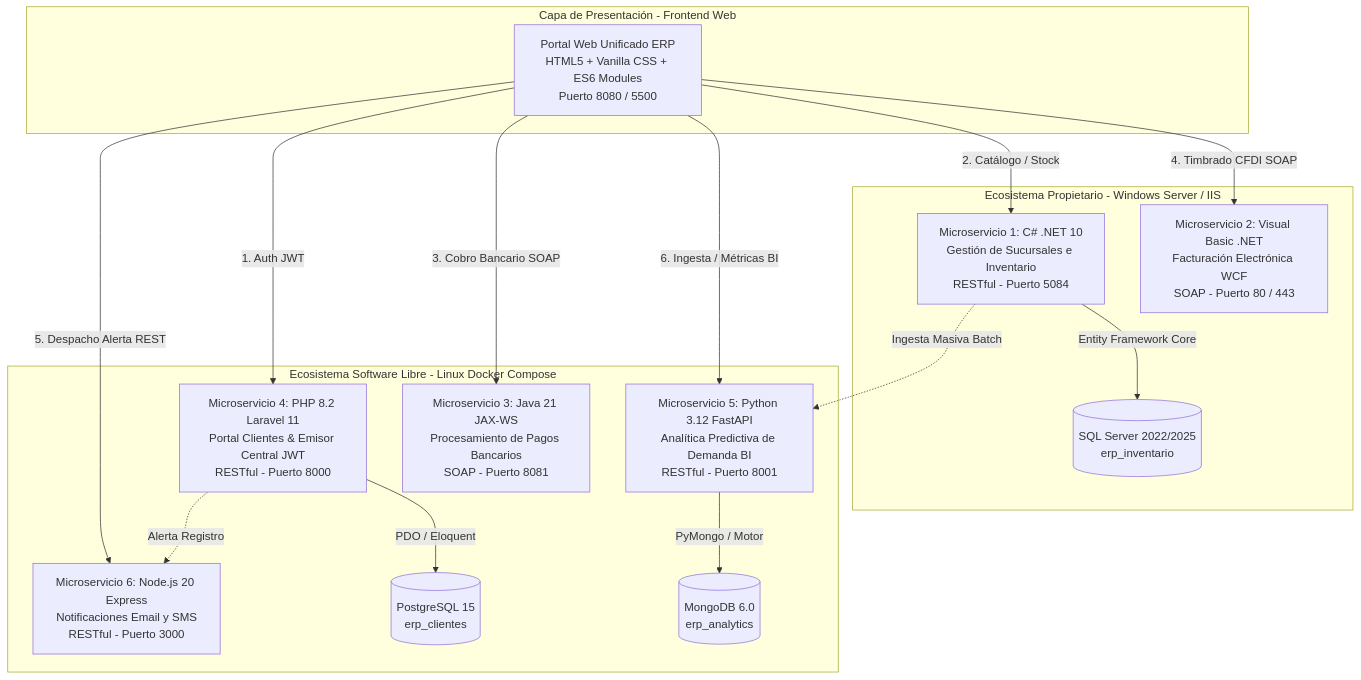
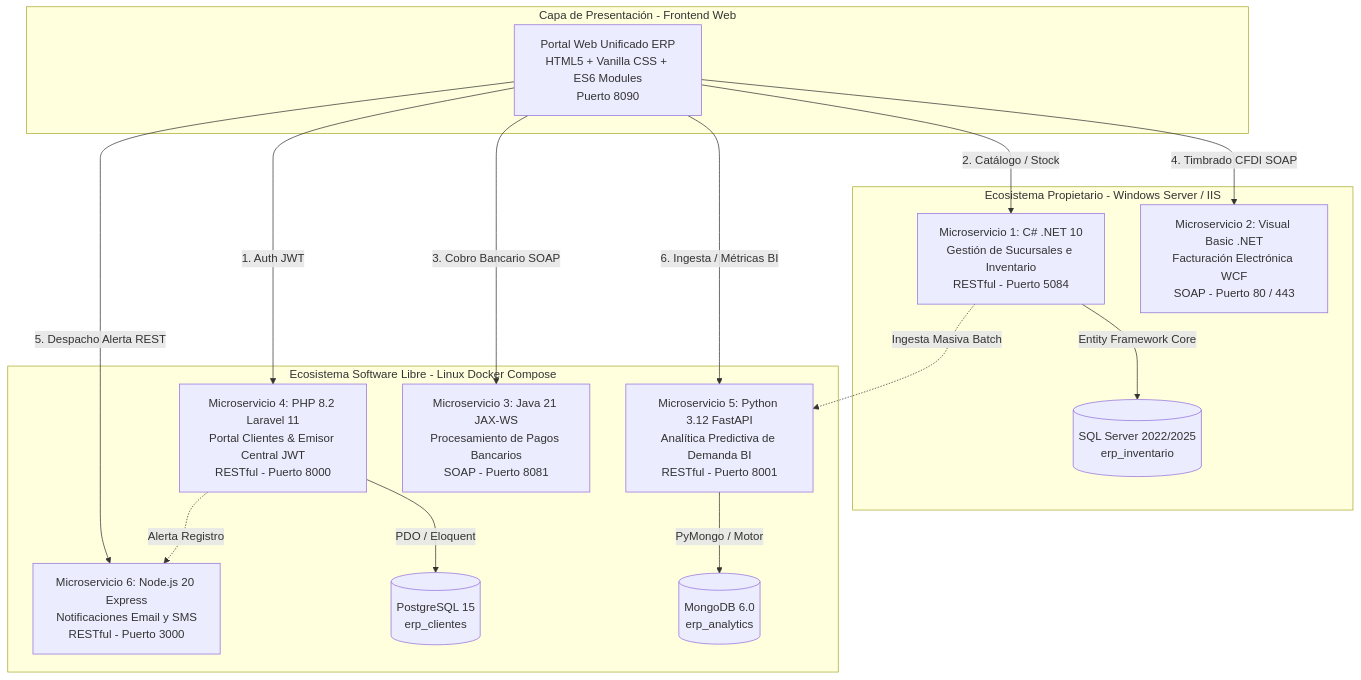
The first of 3 diagrams in README.md (Alan-Az/Tienda-en-micro-servicios), drawn with Mermaid before and after one commit. The commit also changed other lines of this file and 43 other files, not shown here.

````diff
--- a/README.md
+++ b/README.md
@@ -54,38 +54,38 @@
 ```mermaid
 flowchart TB
     subgraph CLIENT [Capa de Presentación - Frontend Web]
-        UI[Portal Web Unificado ERP\nHTML5 + Vanilla CSS + ES6 Modules\nPuerto 8080 / 5500]
+        UI[Portal Web Unificado ERP\nHTML5 + Vanilla CSS + ES6 Modules\nPuerto 8090]
     end
 
     subgraph PROPRIETARY [Ecosistema Propietario - Windows Server / IIS]
         CS[Microservicio 1: C# .NET 10\nGestión de Sucursales e Inventario\nRESTful - Puerto 5084]
         VB[Microservicio 2: Visual Basic .NET\nFacturación Electrónica WCF\nSOAP - Puerto 80 / 443]
         SQL[(SQL Server 2022/2025\nerp_inventario)]
         CS -->|Entity Framework Core| SQL
     end
 
     subgraph OPEN_SOURCE [Ecosistema Software Libre - Linux Docker Compose]
         PHP[Microservicio 4: PHP 8.2 Laravel 11\nPortal Clientes & Emisor Central JWT\nRESTful - Puerto 8000]
         PY[Microservicio 5: Python 3.12 FastAPI\nAnalítica Predictiva de Demanda BI\nRESTful - Puerto 8001]
         NODE[Microservicio 6: Node.js 20 Express\nNotificaciones Email y SMS\nRESTful - Puerto 3000]
         JAVA[Microservicio 3: Java 21 JAX-WS\nProcesamiento de Pagos Bancarios\nSOAP - Puerto 8081]
         
         PG[(PostgreSQL 15\nerp_clientes)]
         MONGO[(MongoDB 6.0\nerp_analytics)]
 
         PHP -->|PDO / Eloquent| PG
         PY -->|PyMongo / Motor| MONGO
     end
 
     %% Peticiones del Cliente
     UI -->|1. Auth JWT| PHP
     UI -->|2. Catálogo / Stock| CS
     UI -->|3. Cobro Bancario SOAP| JAVA
     UI -->|4. Timbrado CFDI SOAP| VB
     UI -->|5. Despacho Alerta REST| NODE
     UI -->|6. Ingesta / Métricas BI| PY
 
     %% Integraciones Backend
     CS -.->|Ingesta Masiva Batch| PY
     PHP -.->|Alerta Registro| NODE
 ```
````
